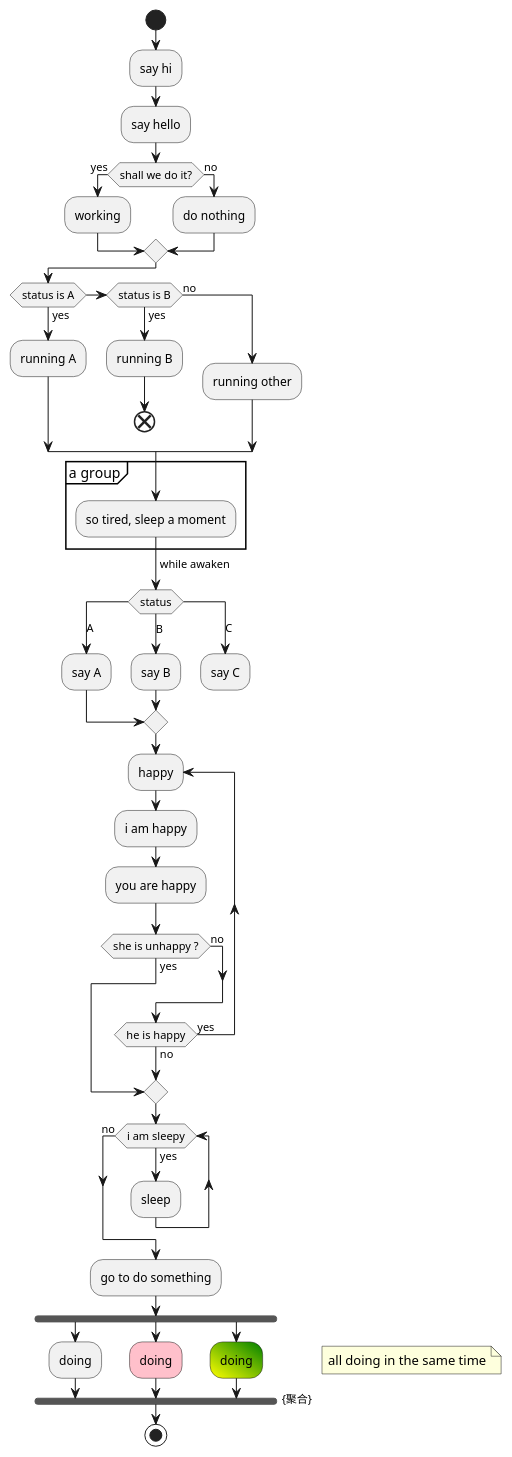
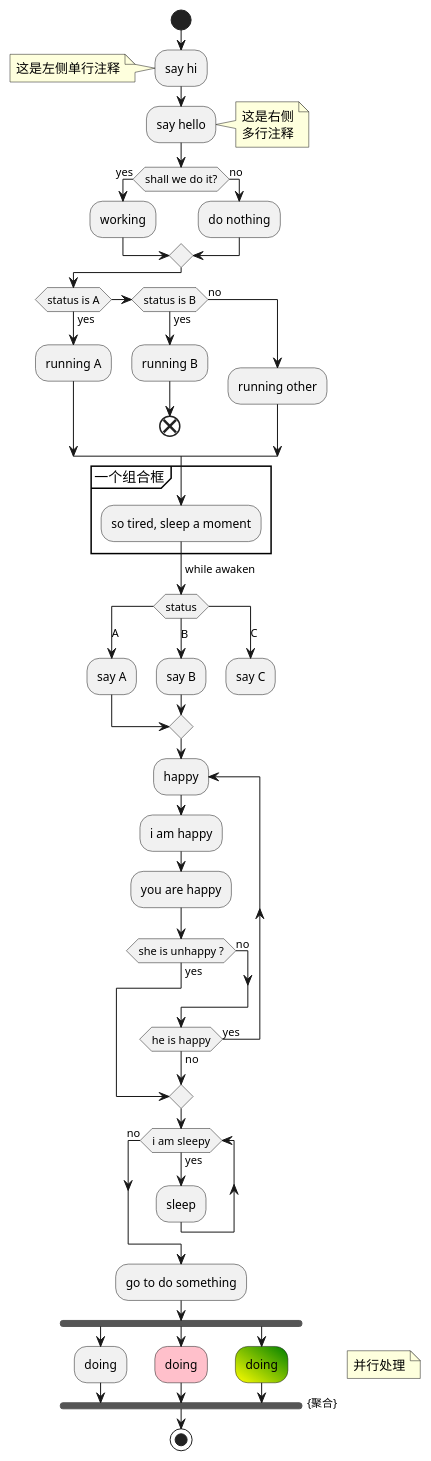
Before and after one commit to jinty95/DailyPractice: the diagram in src/main/resources/puml/activity-diagram.puml, drawn with PlantUML. The commit also changed 87 other files, not shown here.

```diff
--- a/src/main/resources/puml/activity-diagram.puml
+++ b/src/main/resources/puml/activity-diagram.puml
@@ -1,73 +1,80 @@
 @startuml
 
 '起点
 start
 
+'活动标签(activity label)以冒号开始，以分号结束
 '默认按定义顺序自动连接
 :say hi;
+'给活动标签添加注释
+note left: 这是左侧单行注释
 :say hello;
+note right
+    这是右侧
+    多行注释
+end note
 
 '条件判断
 if (shall we do it?) then (yes)
     :working;
 else (no)
     :do nothing;
 endif
 
 '多条件判断(if-elseif)
 if (status is A) then (yes)
     :running A;
 elseif (status is B) then (yes)
     :running B;
     end
 else (no)
     :running other;
 endif
 
 '组合框
-group a group
+group 一个组合框
 :so tired, sleep a moment;
 '给箭头加文字
 -> while awaken;
 endgroup
 
 '多条件判断(switch)
 switch (status)
 case (A)
     :say A;
 case (B)
     :say B;
 case (C)
     :say C;
     kill
 endswitch
 
 '循环
 repeat :happy;
     :i am happy;
     :you are happy;
     if (she is unhappy ?) then (yes)
         break
     else (no)
     endif
 repeat while (he is happy) is (yes) not (no)
 
 while (i am sleepy) is (yes)
     :sleep;
 endwhile (no)
     :go to do something;
 
 '并行处理
 fork
     :doing;
 fork again
     #pink:doing;
 fork again
     #yellow\green:doing;
 end fork {聚合}
-note right :all doing in the same time
+note right: 并行处理
 
 '终点
 stop
 
 @enduml
```
